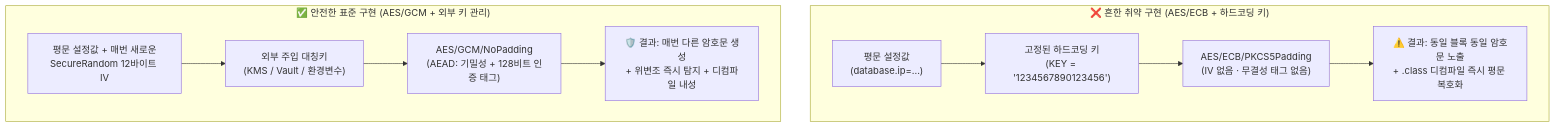
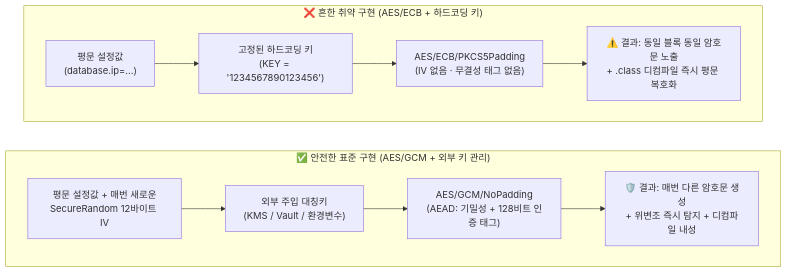
One commit to gooyong-sec/gooyong-sec.github.io changed the first of 3 diagrams in content/시큐어코딩/Java Properties 파일 AES 암호화 — ECB 모드의 함정.md. Above: the diagram before and after it, drawn with Mermaid. The commit also changed 4 other files, not shown here.

First line of the commit message:
fix: prevent overlapping mermaid subgraphs with no connecting edges

````diff
--- a/content/시큐어코딩/Java Properties 파일 AES 암호화 — ECB 모드의 함정.md
+++ b/content/시큐어코딩/Java Properties 파일 AES 암호화 — ECB 모드의 함정.md
@@ -19,16 +19,17 @@
 ```mermaid
 flowchart TD
     subgraph Vuln["❌ 흔한 취약 구현 (AES/ECB + 하드코딩 키)"]
         direction LR
         V1["평문 설정값<br/>(database.ip=...)"] --> V2["고정된 하드코딩 키<br/>(KEY = '1234567890123456')"]
         V2 --> V3["AES/ECB/PKCS5Padding<br/>(IV 없음 · 무결성 태그 없음)"]
         V3 --> V4["⚠️ 결과: 동일 블록 동일 암호문 노출<br/>+ .class 디컴파일 즉시 평문 복호화"]
     end
 
     subgraph Safe["✅ 안전한 표준 구현 (AES/GCM + 외부 키 관리)"]
         direction LR
         S1["평문 설정값 + 매번 새로운<br/>SecureRandom 12바이트 IV"] --> S2["외부 주입 대칭키<br/>(KMS / Vault / 환경변수)"]
         S2 --> S3["AES/GCM/NoPadding<br/>(AEAD: 기밀성 + 128비트 인증 태그)"]
         S3 --> S4["🛡️ 결과: 매번 다른 암호문 생성<br/>+ 위변조 즉시 탐지 + 디컴파일 내성"]
     end
+    Vuln ~~~ Safe
 ```
````
